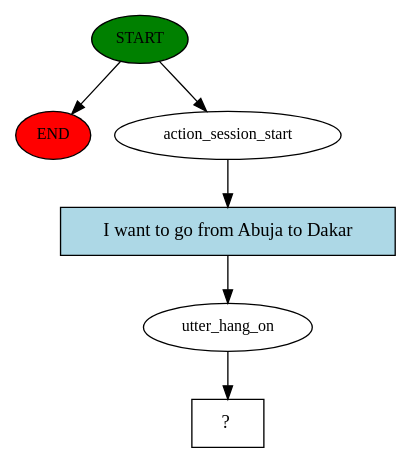
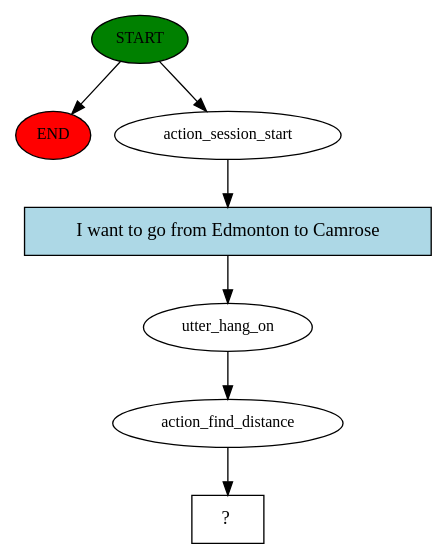
Before and after one commit to Chikanma681/DistanceMatrix-Bot: the diagram in story_graph.dot, drawn with Graphviz. The commit also changed 15 other files, not shown here.

```diff
--- a/story_graph.dot
+++ b/story_graph.dot
@@ -1,13 +1,15 @@
 digraph  {
 0 [class="start active", fillcolor=green, fontsize=12, label=START, style=filled];
 "-1" [class=end, fillcolor=red, fontsize=12, label=END, style=filled];
 1 [class=active, fontsize=12, label=action_session_start];
 2 [class=active, fontsize=12, label=utter_hang_on];
-3 [class="intent dashed active", label="  ?  ", shape=rect];
-4 [class="intent active", fillcolor=lightblue, label="I want to go from Abuja to Dakar", shape=rect, style=filled];
+3 [class=active, fontsize=12, label=action_find_distance];
+4 [class="intent dashed active", label="  ?  ", shape=rect];
+5 [class="intent active", fillcolor=lightblue, label="I want to go from Edmonton to Camrose", shape=rect, style=filled];
 0 -> "-1"  [class="", key=NONE, label=""];
 0 -> 1  [class=active, key=NONE, label=""];
-1 -> 4  [class=active, key=0];
+1 -> 5  [class=active, key=0];
 2 -> 3  [class=active, key=NONE, label=""];
-4 -> 2  [class=active, key=0];
+3 -> 4  [class=active, key=NONE, label=""];
+5 -> 2  [class=active, key=0];
 }
```
